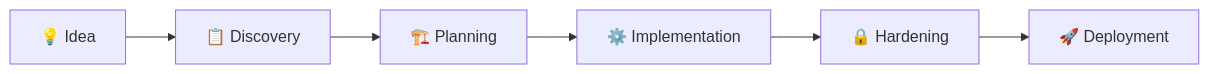
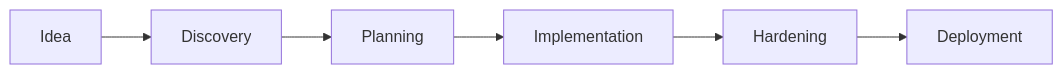
Before and after one commit to doanchienthangdev/omgkit: the diagram in docs/autonomous/overview.mdx, drawn with Mermaid. The commit also changed other lines of this file and 13 other files, not shown here.

````diff
--- a/docs/autonomous/overview.mdx
+++ b/docs/autonomous/overview.mdx
@@ -13,8 +13,8 @@
 ```mermaid
 graph LR
-    A[💡 Idea] --> B[📋 Discovery]
-    B --> C[🏗️ Planning]
-    C --> D[⚙️ Implementation]
-    D --> E[🔒 Hardening]
-    E --> F[🚀 Deployment]
+    A[Idea] --> B[Discovery]
+    B --> C[Planning]
+    C --> D[Implementation]
+    D --> E[Hardening]
+    E --> F[Deployment]
 ```
````
